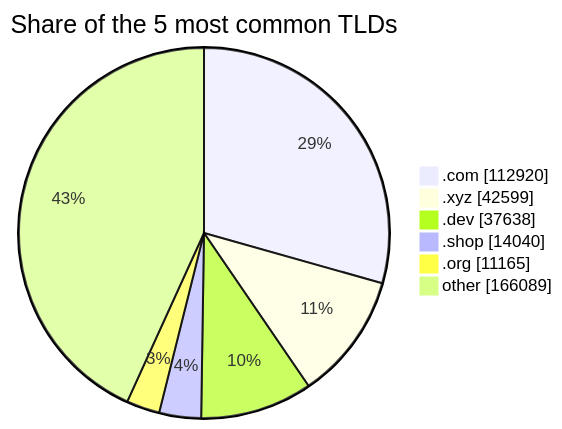
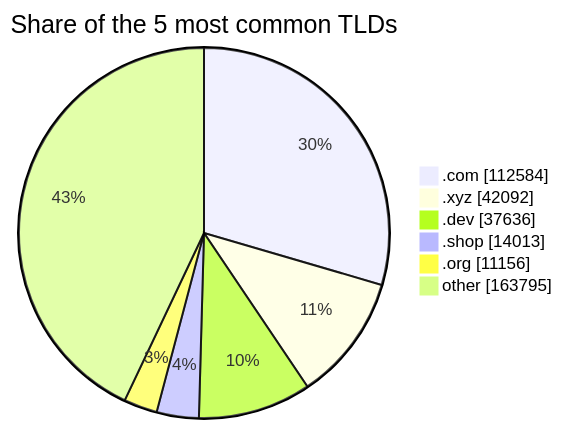
Before and after one commit to DNSBunker/CTI: the third of 3 diagrams in README.md, drawn with Mermaid. The commit also changed other lines of this file and 3 other files, not shown here.

````diff
--- a/README.md
+++ b/README.md
@@ -81,9 +81,9 @@
 ```mermaid
 pie showData title Share of the 5 most common TLDs
-    ".com" : 112920
-    ".xyz" : 42599
-    ".dev" : 37638
-    ".shop" : 14040
-    ".org" : 11165
-    "other" : 166089
+    ".com" : 112584
+    ".xyz" : 42092
+    ".dev" : 37636
+    ".shop" : 14013
+    ".org" : 11156
+    "other" : 163795
 ```
````
